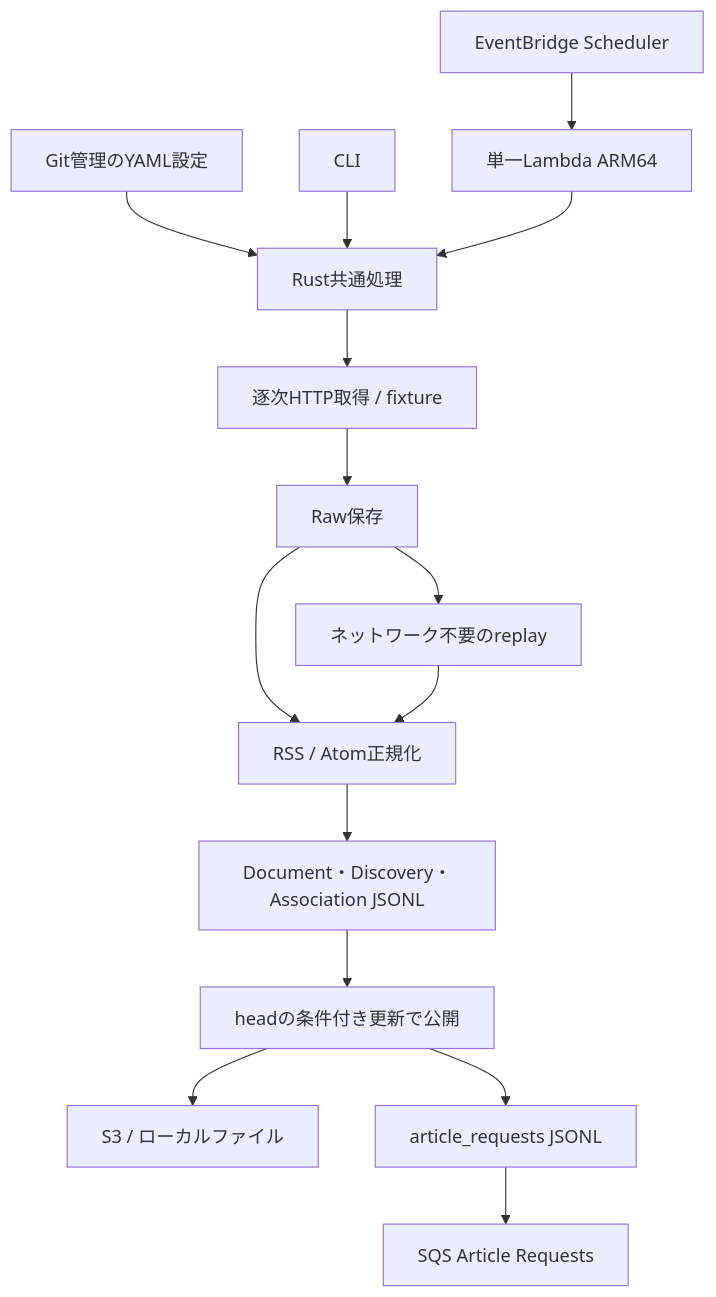
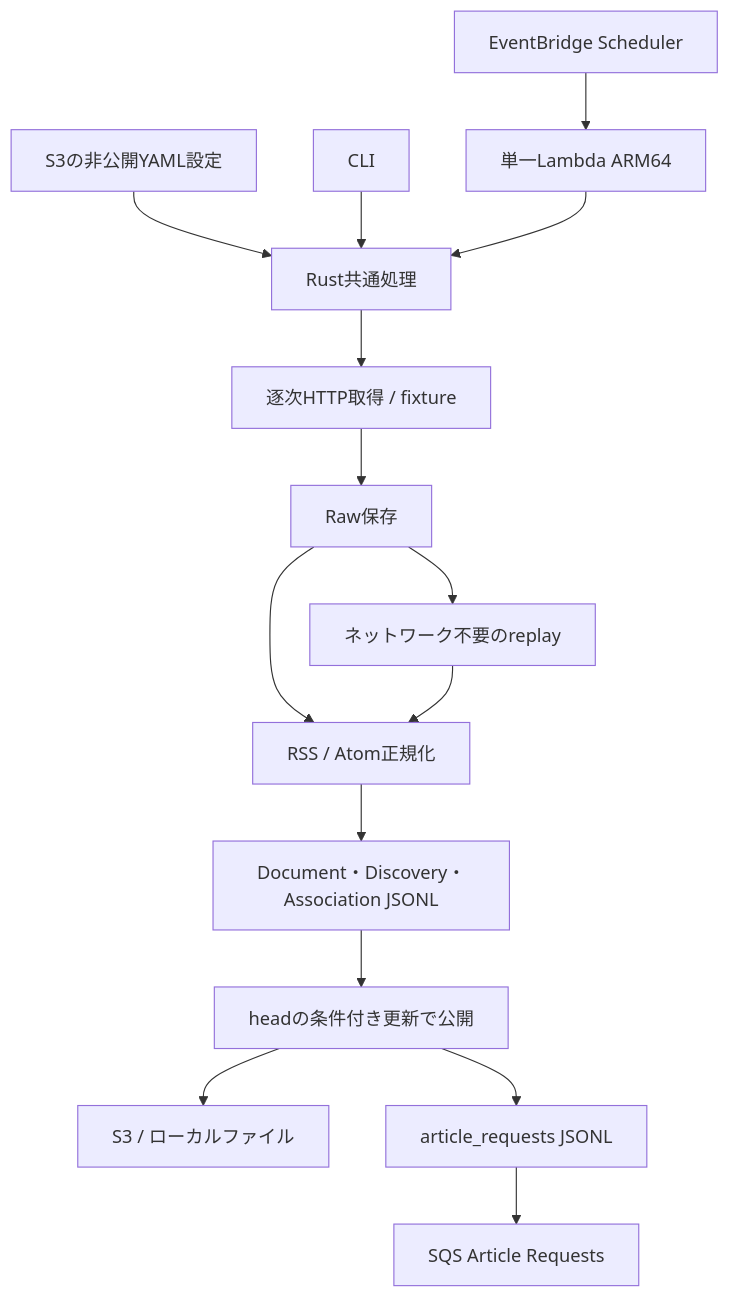
Before and after one commit to uta8a/curatedz: the diagram in docs/architecture.md, drawn with Mermaid. The commit also changed other lines of this file and 8 other files, not shown here.

````diff
--- a/docs/architecture.md
+++ b/docs/architecture.md
@@ -5,17 +5,17 @@
 ```mermaid
 flowchart TD
-    Config[Git管理のYAML設定] --> Core[Rust共通処理]
+    Config[S3の非公開YAML設定] --> Core[Rust共通処理]
     CLI[CLI] --> Core
     Scheduler[EventBridge Scheduler] --> Lambda[単一Lambda ARM64]
     Lambda --> Core
     Core --> Fetch[逐次HTTP取得 / fixture]
     Fetch --> Raw[Raw保存]
     Raw --> Normalize[RSS / Atom正規化]
     Normalize --> Batch[Document・Discovery・Association JSONL]
     Batch --> Commit[headの条件付き更新で公開]
     Commit --> Storage[S3 / ローカルファイル]
     Raw --> Replay[ネットワーク不要のreplay]
     Replay --> Normalize
     Commit --> Requests[article_requests JSONL]
     Requests --> Queue[SQS Article Requests]
 ```
````
